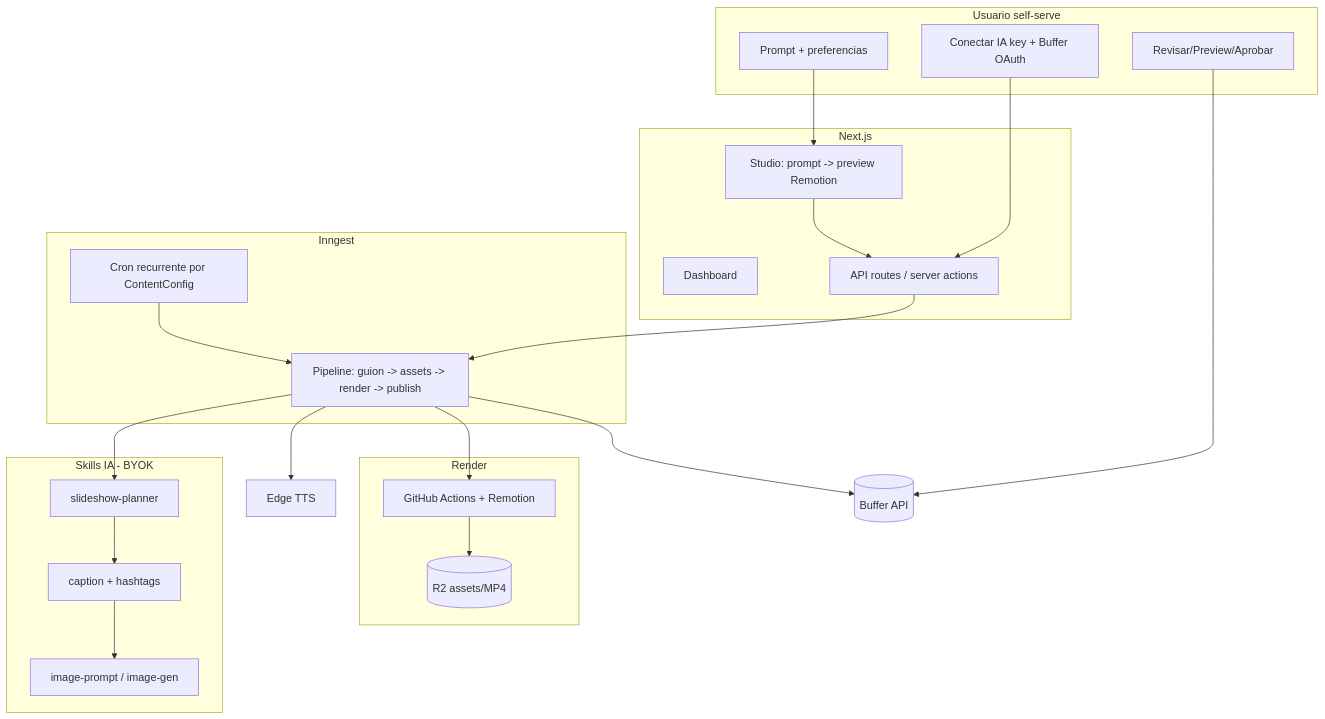
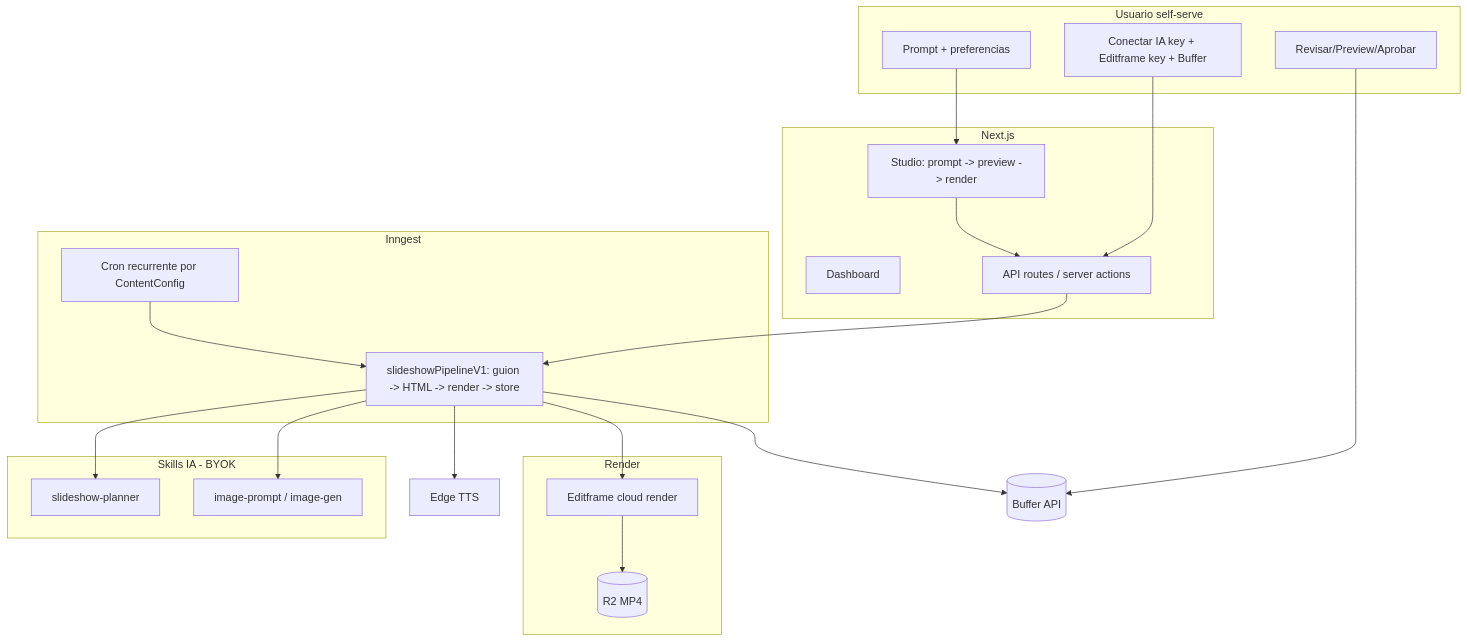
Before and after one commit to LuigiRaffaeleSianoCanoro/FabricaDeContenido: the diagram in docs/PRODUCT_PLAN.md, drawn with Mermaid. The commit also changed other lines of this file, not shown here.

Commit message:
docs: update product plan for Editframe and Phase 1 status

````diff
--- a/docs/PRODUCT_PLAN.md
+++ b/docs/PRODUCT_PLAN.md
@@ -78,36 +95,36 @@
 ```mermaid
 flowchart TB
   subgraph user [Usuario self-serve]
     Prompt[Prompt + preferencias]
-    Connect[Conectar IA key + Buffer OAuth]
+    Connect[Conectar IA key + Editframe key + Buffer]
     Review[Revisar/Preview/Aprobar]
   end
   subgraph app [Next.js]
     UI[Dashboard]
-    Studio[Studio: prompt -> preview Remotion]
+    Studio[Studio: prompt -> preview -> render]
     API[API routes / server actions]
   end
   subgraph orch [Inngest]
     Cron[Cron recurrente por ContentConfig]
-    Pipe[Pipeline: guion -> assets -> render -> publish]
+    Pipe[slideshowPipelineV1: guion -> HTML -> render -> store]
   end
   subgraph skills [Skills IA - BYOK]
     Plan2[slideshow-planner]
-    Copy[caption + hashtags]
     Img[image-prompt / image-gen]
   end
   subgraph render [Render]
-    GA[GitHub Actions + Remotion]
-    R2[(R2 assets/MP4)]
+    EF[Editframe cloud render]
+    R2[(R2 MP4)]
   end
   Buffer[(Buffer API)]
   Prompt --> Studio --> API
   Connect --> API
   API --> Pipe
   Cron --> Pipe
-  Pipe --> Plan2 --> Copy --> Img
+  Pipe --> Plan2
+  Pipe --> Img
   Pipe --> TTS[Edge TTS]
-  Pipe --> GA --> R2
+  Pipe --> EF --> R2
   Pipe --> Buffer
   Review --> Buffer
 ```
````
